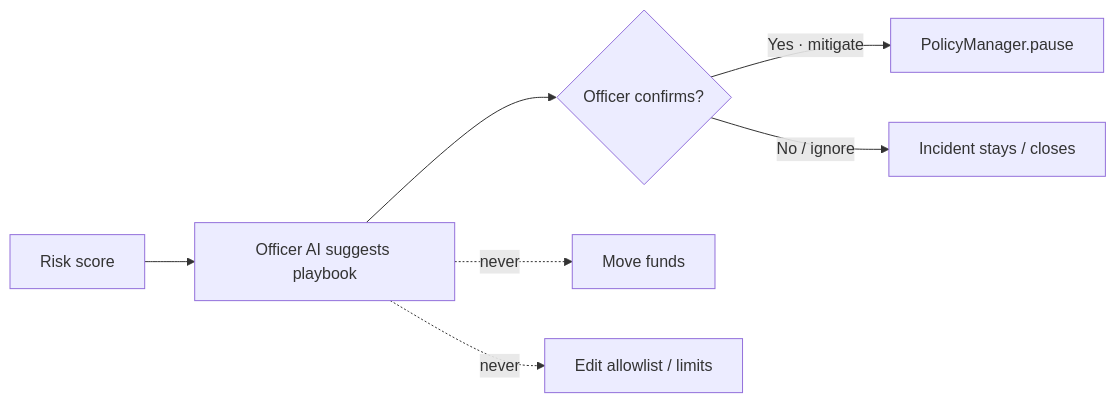
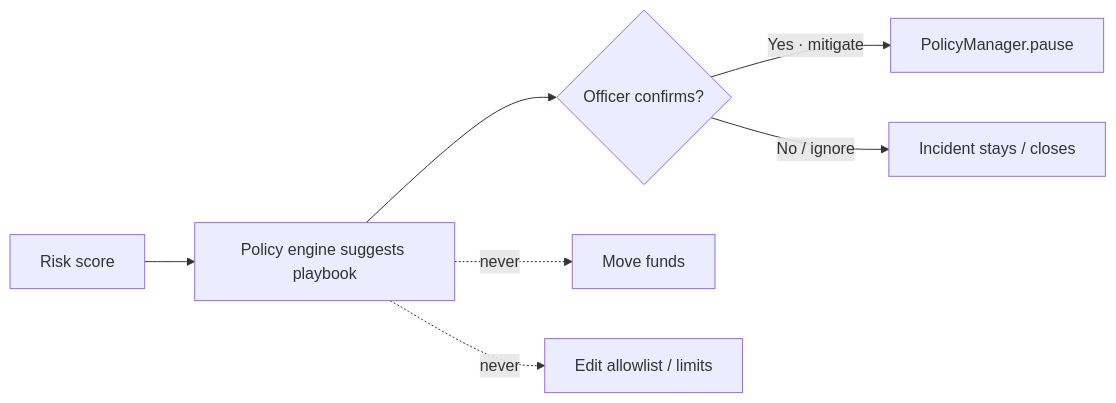
The first of 3 diagrams in docs/agent-permissions-matrix.md (thesithunyein/arb-guardian), drawn with Mermaid before and after one commit. The commit also changed other lines of this file and 38 other files, not shown here.

````diff
--- a/docs/agent-permissions-matrix.md
+++ b/docs/agent-permissions-matrix.md
@@ -11,9 +16,9 @@
 ```mermaid
 flowchart LR
-  Score[Risk score] --> Suggest[Officer AI suggests playbook]
+  Score[Risk score] --> Suggest[Policy engine suggests playbook]
   Suggest --> Human{Officer confirms?}
   Human -->|Yes · mitigate| Pause[PolicyManager.pause]
   Human -->|No / ignore| Hold[Incident stays / closes]
   Suggest -.->|never| Funds[Move funds]
   Suggest -.->|never| Policy[Edit allowlist / limits]
 ```
````
